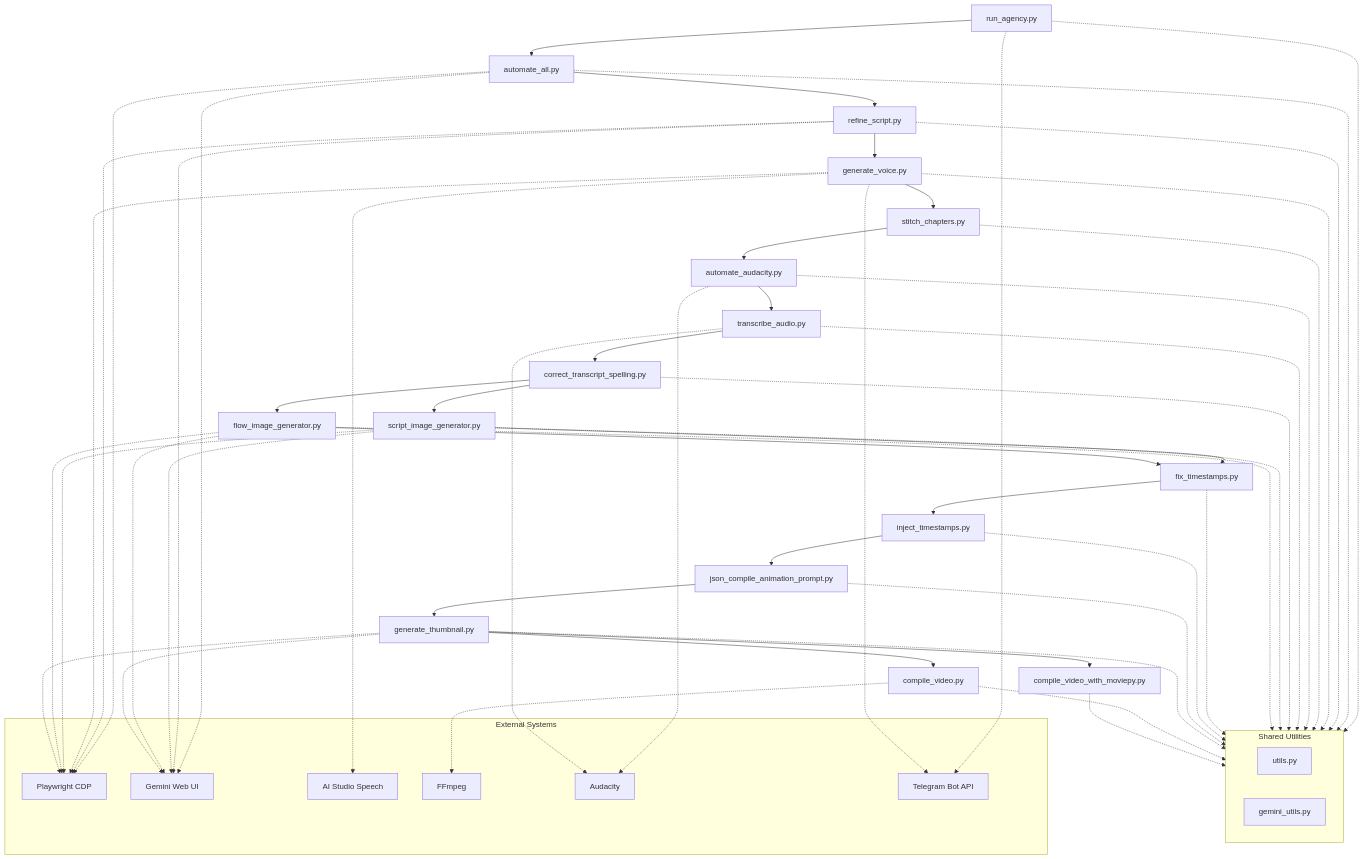
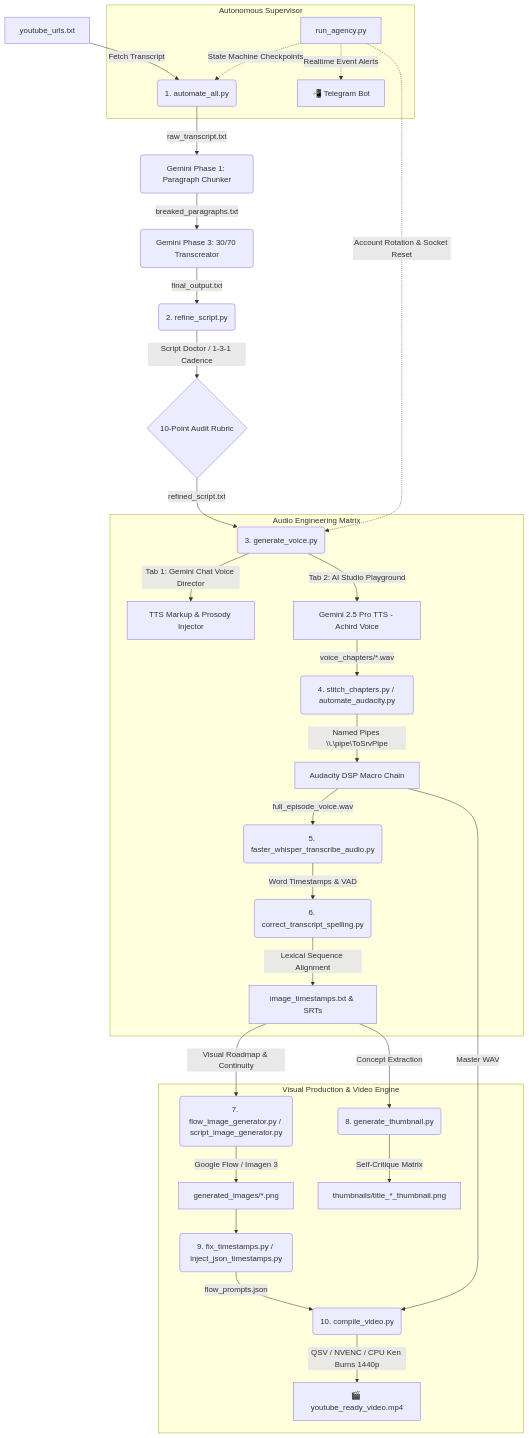
Before and after one commit to Snoozer10/local-youtube-automation: the diagram in README.md, drawn with Mermaid. The commit also changed other lines of this file and 31 other files, not shown here.

Commit message:
readme-others-flowimage-bugsfix update

````diff
--- a/README.md
+++ b/README.md
@@ -193,70 +63,36 @@
 ```mermaid
 flowchart TD
-    A[run_agency.py] --> B[automate_all.py]
-    B --> C[refine_script.py]
-    C --> D[generate_voice.py]
-    D --> E[stitch_chapters.py]
-    E --> F[automate_audacity.py]
-    F --> G[transcribe_audio.py]
-    G --> H[correct_transcript_spelling.py]
-    H --> I1[script_image_generator.py]
-    H --> I2[flow_image_generator.py]
-    I1 --> J[fix_timestamps.py]
-    I2 --> J
-    J --> K[inject_timestamps.py]
-    K --> L[json_compile_animation_prompt.py]
-    L --> M[generate_thumbnail.py]
-    M --> N1[compile_video.py]
-    M --> N2[compile_video_with_moviepy.py]
+    A[youtube_urls.txt] -->|Fetch Transcript| B(1. automate_all.py)
+    B -->|raw_transcript.txt| B1(Gemini Phase 1: Paragraph Chunker)
+    B1 -->|breaked_paragraphs.txt| B2(Gemini Phase 3: 30/70 Transcreator)
+    B2 -->|final_output.txt| C(2. refine_script.py)
+    C -->|Script Doctor / 1-3-1 Cadence| C1{10-Point Audit Rubric}
+    C1 -->|refined_script.txt| D(3. generate_voice.py)
 
-    subgraph Utils[Shared Utilities]
-        U1[utils.py]
-        U2[gemini_utils.py]
+    subgraph Audio Engineering Matrix
+        D -->|Tab 1: Gemini Chat Voice Director| D1[TTS Markup & Prosody Injector]
+        D -->|Tab 2: AI Studio Playground| D2[Gemini 2.5 Pro TTS - Achird Voice]
+        D2 -->|voice_chapters/*.wav| E(4. stitch_chapters.py / automate_audacity.py)
+        E -->|Named Pipes \\.\pipe\ToSrvPipe| E1[Audacity DSP Macro Chain]
+        E1 -->|full_episode_voice.wav| F(5. faster_whisper_transcribe_audio.py)
+        F -->|Word Timestamps & VAD| F1(6. correct_transcript_spelling.py)
+        F1 -->|Lexical Sequence Alignment| G[image_timestamps.txt & SRTs]
     end
 
-    subgraph Ext[External Systems]
-        S1[Playwright CDP]
-        S2[Gemini Web UI]
-        S3[AI Studio Speech]
-        S4[FFmpeg]
-        S5[Audacity]
-        S6[Telegram Bot API]
+    subgraph Visual Production & Video Engine
+        G -->|Visual Roadmap & Continuity| H(7. flow_image_generator.py / script_image_generator.py)
+        H -->|Google Flow / Imagen 3| H1[generated_images/*.png]
+        G -->|Concept Extraction| I(8. generate_thumbnail.py)
+        I -->|Self-Critique Matrix| I1[thumbnails/title_*_thumbnail.png]
+        H1 --> J(9. fix_timestamps.py / inject_json_timestamps.py)
+        J -->|flow_prompts.json| K(10. compile_video.py)
+        E1 -->|Master WAV| K
+        K -->|QSV / NVENC / CPU Ken Burns 1440p| L[🎬 youtube_ready_video.mp4]
     end
 
-    A -.-> Utils
-    B -.-> Utils
-    C -.-> Utils
-    D -.-> Utils
-    E -.-> Utils
-    F -.-> Utils
-    G -.-> Utils
-    H -.-> Utils
-    I1 -.-> Utils
-    I2 -.-> Utils
-    J -.-> Utils
-    K -.-> Utils
-    L -.-> Utils
-    M -.-> Utils
-    N1 -.-> Utils
-    N2 -.-> Utils
-
-    B -.-> S1
-    C -.-> S1
-    D -.-> S1
-    I1 -.-> S1
-    I2 -.-> S1
-    M -.-> S1
-
-    B -.-> S2
-    C -.-> S2
-    I1 -.-> S2
-    I2 -.-> S2
-    M -.-> S2
-
-    D -.-> S3
-    N1 -.-> S4
-    F -.-> S5
-    G -.-> S5
-    A -.-> S6
-    D -.-> S6
+    subgraph Autonomous Supervisor
+        M[run_agency.py] -.->|State Machine Checkpoints| B
+        M -.->|Account Rotation & Socket Reset| D
+        M -.->|Realtime Event Alerts| N[📲 Telegram Bot]
+    end
 ```
````
